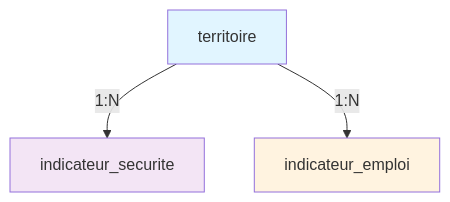
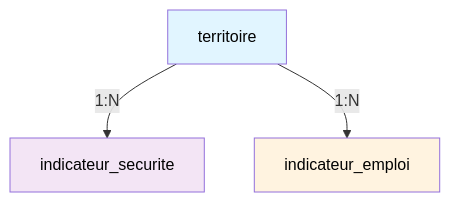
The first of 2 diagrams in docs/02-architecture/database/versions/VERSIONS.md (Sam-rst/EPSI_M1_MSPR-Groupe_RYMS), drawn with Mermaid before and after one commit. The commit also changed other lines of this file and 27 other files, not shown here.

````diff
--- a/docs/02-architecture/database/versions/VERSIONS.md
+++ b/docs/02-architecture/database/versions/VERSIONS.md
@@ -46,9 +47,9 @@
 ```mermaid
 graph TD
     T[territoire] -->|1:N| IS[indicateur_securite]
     T -->|1:N| IE[indicateur_emploi]
 
-    style T fill:#e1f5ff
-    style IS fill:#f3e5f5
-    style IE fill:#fff3e0
+    style T fill:#e1f5ff, color: #020202
+    style IS fill:#f3e5f5, color: #020202
+    style IE fill:#fff3e0, color: #020202
 ```
````
